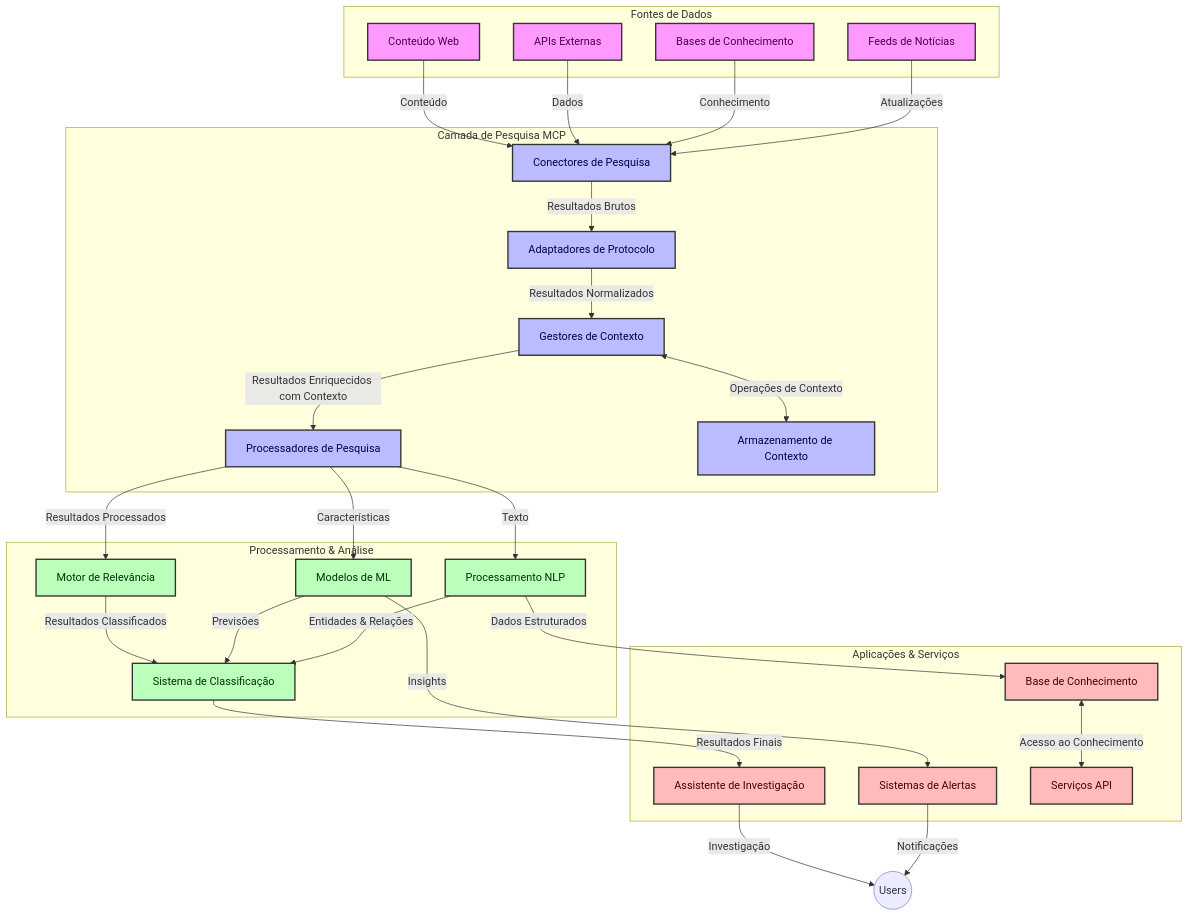
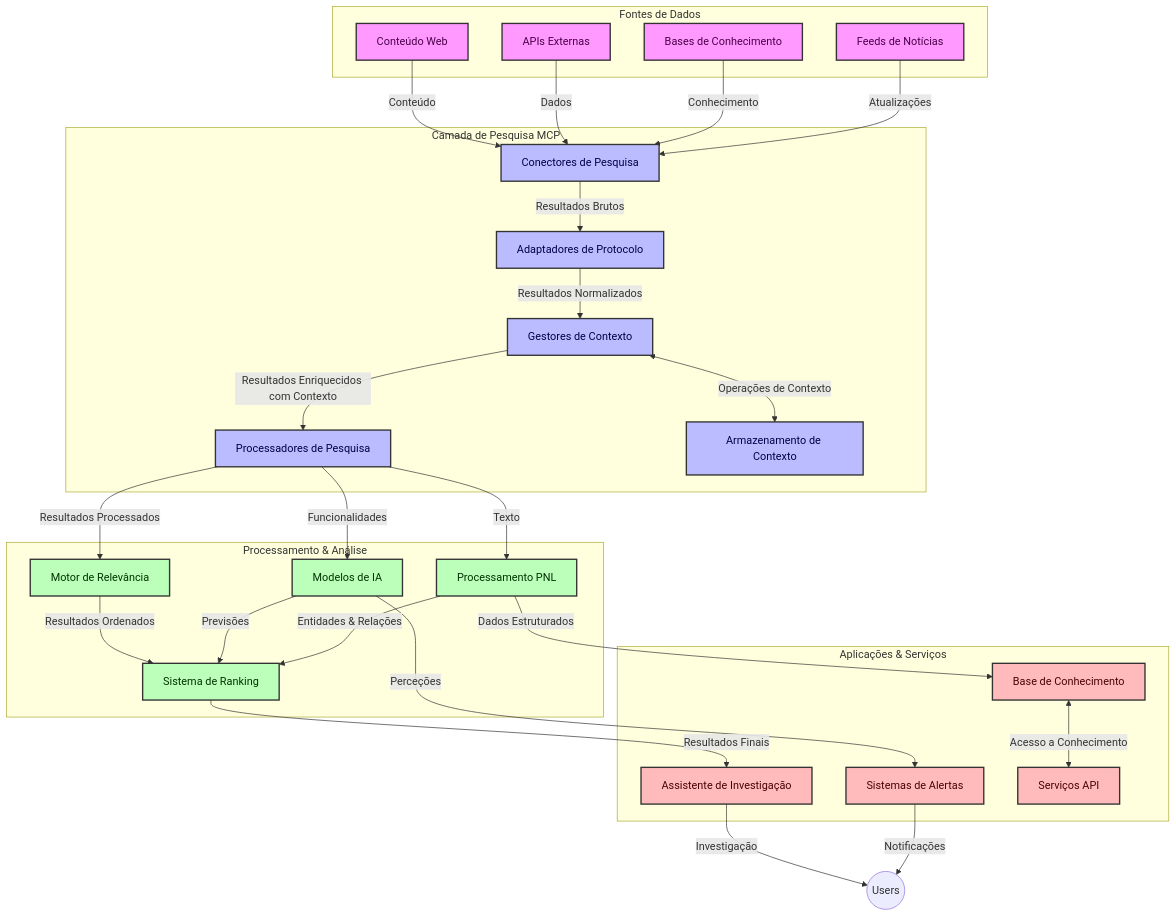
One commit to microsoft/mcp-for-beginners changed the first of 4 diagrams in translations/pt-PT/05-AdvancedTopics/mcp-realtimesearch/README.md. Above: the diagram before and after it, drawn with Mermaid. The commit also changed other lines of this file and 129 other files, not shown here.

````diff
--- a/translations/pt-PT/05-AdvancedTopics/mcp-realtimesearch/README.md
+++ b/translations/pt-PT/05-AdvancedTopics/mcp-realtimesearch/README.md
@@ -109,66 +109,66 @@
 ```mermaid
 graph TD
     subgraph "Fontes de Dados"
         Web[Conteúdo Web]
         APIs[APIs Externas]
         DB[Bases de Conhecimento]
         News[Feeds de Notícias]
     end
 
     subgraph "Camada de Pesquisa MCP"
         SC[Conectores de Pesquisa]
         PA[Adaptadores de Protocolo]
         CH[Gestores de Contexto]
         SP[Processadores de Pesquisa]
         CS[Armazenamento de Contexto]
     end
 
     subgraph "Processamento & Análise"
         RE[Motor de Relevância]
-        ML[Modelos de ML]
-        NLP[Processamento NLP]
-        Rank[Sistema de Classificação]
+        ML[Modelos de IA]
+        NLP[Processamento PNL]
+        Rank[Sistema de Ranking]
     end
 
     subgraph "Aplicações & Serviços"
         RA[Assistente de Investigação]
         Alerts[Sistemas de Alertas]
         KB[Base de Conhecimento]
         API[Serviços API]
     end
 
     Web -->|Conteúdo| SC
     APIs -->|Dados| SC
     DB -->|Conhecimento| SC
     News -->|Atualizações| SC
     
     SC -->|Resultados Brutos| PA
     PA -->|Resultados Normalizados| CH
     CH <-->|Operações de Contexto| CS
     CH -->|Resultados Enriquecidos com Contexto| SP
     SP -->|Resultados Processados| RE
-    SP -->|Características| ML
+    SP -->|Funcionalidades| ML
     SP -->|Texto| NLP
     
-    RE -->|Resultados Classificados| Rank
+    RE -->|Resultados Ordenados| Rank
     ML -->|Previsões| Rank
     NLP -->|Entidades & Relações| Rank
     
     Rank -->|Resultados Finais| RA
-    ML -->|Insights| Alerts
+    ML -->|Perceções| Alerts
     NLP -->|Dados Estruturados| KB
     
     RA -->|Investigação| Users((Users))
     Alerts -->|Notificações| Users
-    KB <-->|Acesso ao Conhecimento| API
+    KB <-->|Acesso a Conhecimento| API
 
     classDef sources fill:#f9f,stroke:#333,stroke-width:2px,color:#4a004a
     classDef mcp fill:#bbf,stroke:#333,stroke-width:2px,color:#00004a
     classDef processing fill:#bfb,stroke:#333,stroke-width:2px,color:#003300
     classDef apps fill:#fbb,stroke:#333,stroke-width:2px,color:#4a0000
     
     class Web,APIs,DB,News sources
     class SC,PA,CH,SP,CS mcp
     class RE,ML,NLP,Rank processing
     class RA,Alerts,KB,API apps
 ```
````
